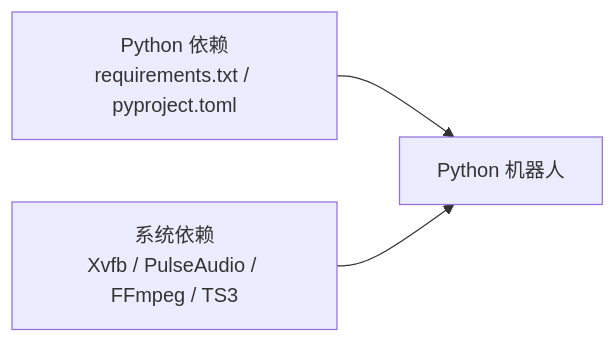
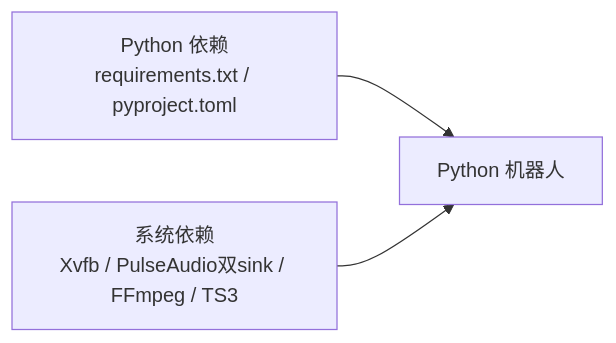
The third of 3 diagrams in .qoder/repowiki/zh/content/部署和运维/部署和运维.md (GhoulOwl/Teamspeak3_Bot), drawn with Mermaid before and after one commit. The commit also changed other lines of this file and 13 other files, not shown here.

````diff
--- a/.qoder/repowiki/zh/content/部署和运维/部署和运维.md
+++ b/.qoder/repowiki/zh/content/部署和运维/部署和运维.md
@@ -246,8 +290,8 @@
 ```mermaid
 graph LR
 PY["Python 依赖<br/>requirements.txt / pyproject.toml"]
-SYS["系统依赖<br/>Xvfb / PulseAudio / FFmpeg / TS3"]
+SYS["系统依赖<br/>Xvfb / PulseAudio双sink / FFmpeg / TS3"]
 APP["Python 机器人"]
 PY --> APP
 SYS --> APP
 ```
````
